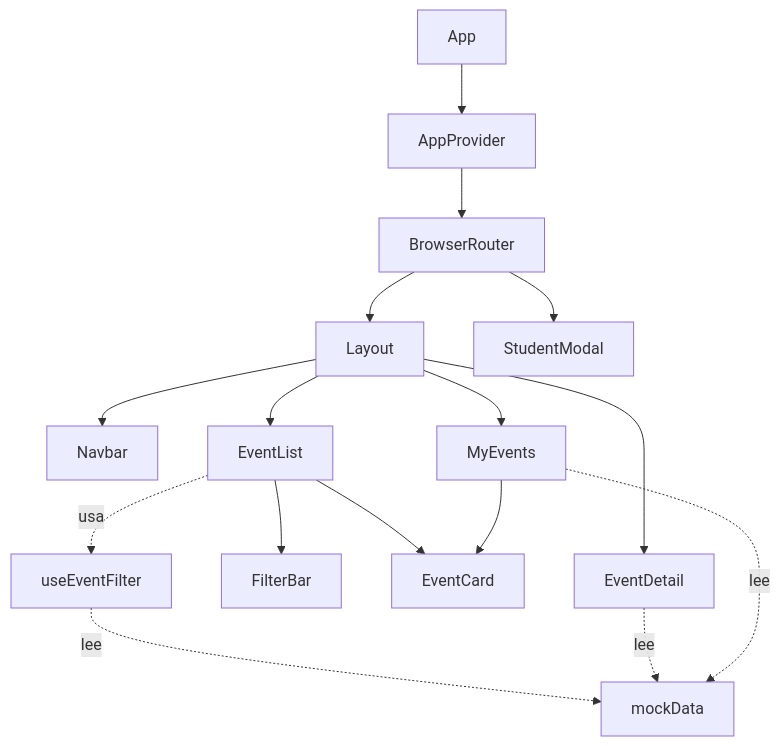
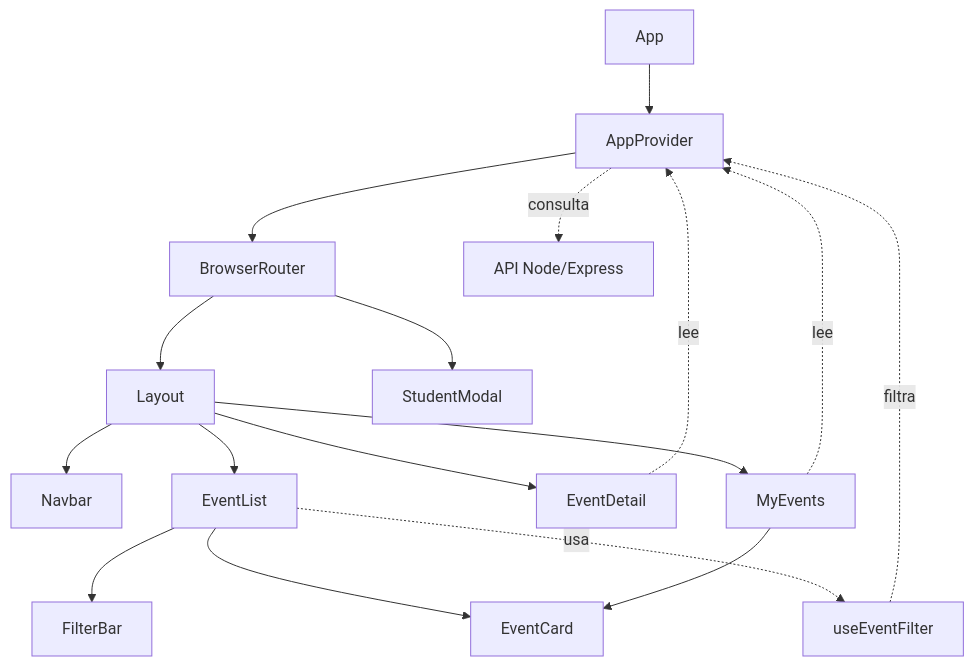
One commit to TallerwebSem9-Fullstack/Laboratorio9_Frontend_TallerWeb changed the diagram in README.md. Above: the diagram before and after it, drawn with Mermaid. The commit also changed other lines of this file and 11 other files, not shown here.

````diff
--- a/README.md
+++ b/README.md
@@ -80,18 +82,19 @@
 ```mermaid
 flowchart TD
     App --> AppProvider
     AppProvider --> Router[BrowserRouter]
     Router --> Layout
     Router --> StudentModal
     Layout --> Navbar
     Layout --> EventList
     Layout --> EventDetail
     Layout --> MyEvents
     EventList --> FilterBar
     EventList --> EventCard
     MyEvents --> EventCard
     EventList -. usa .-> useEventFilter
-    useEventFilter -. lee .-> mockData
-    EventDetail -. lee .-> mockData
-    MyEvents -. lee .-> mockData
+    AppProvider -. consulta .-> Backend[API Node/Express]
+    useEventFilter -. filtra .-> AppProvider
+    EventDetail -. lee .-> AppProvider
+    MyEvents -. lee .-> AppProvider
 ```
````
